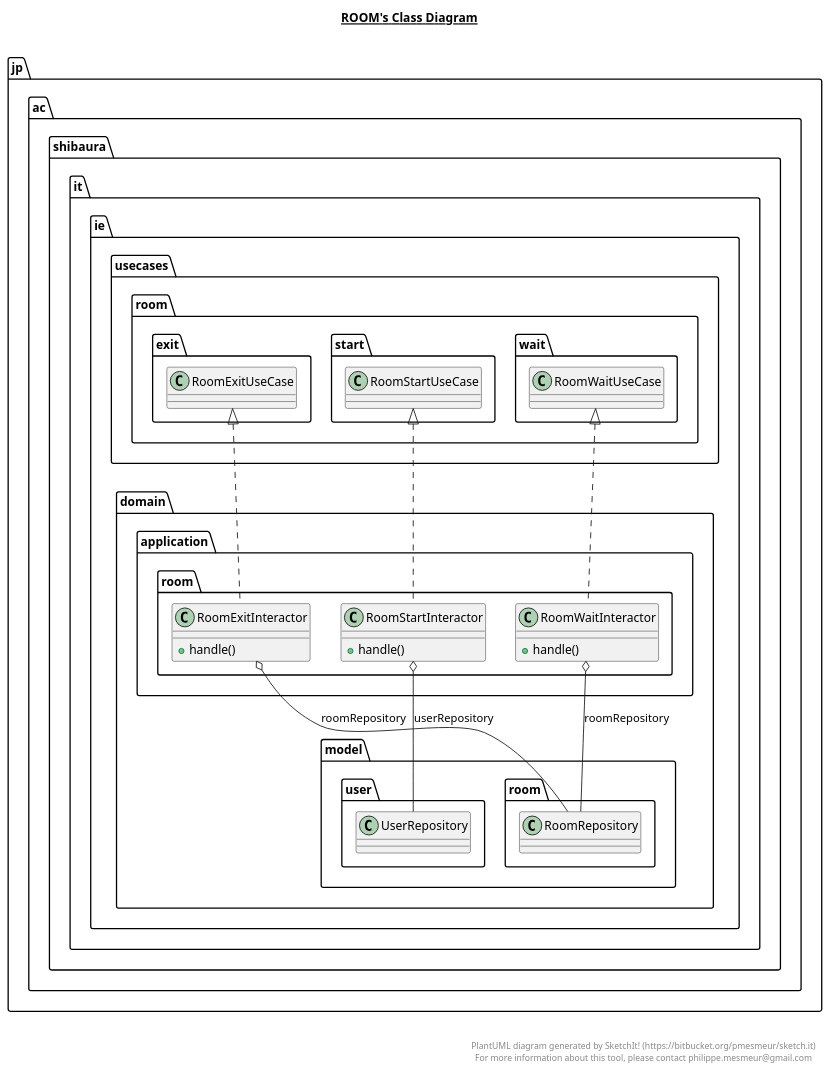
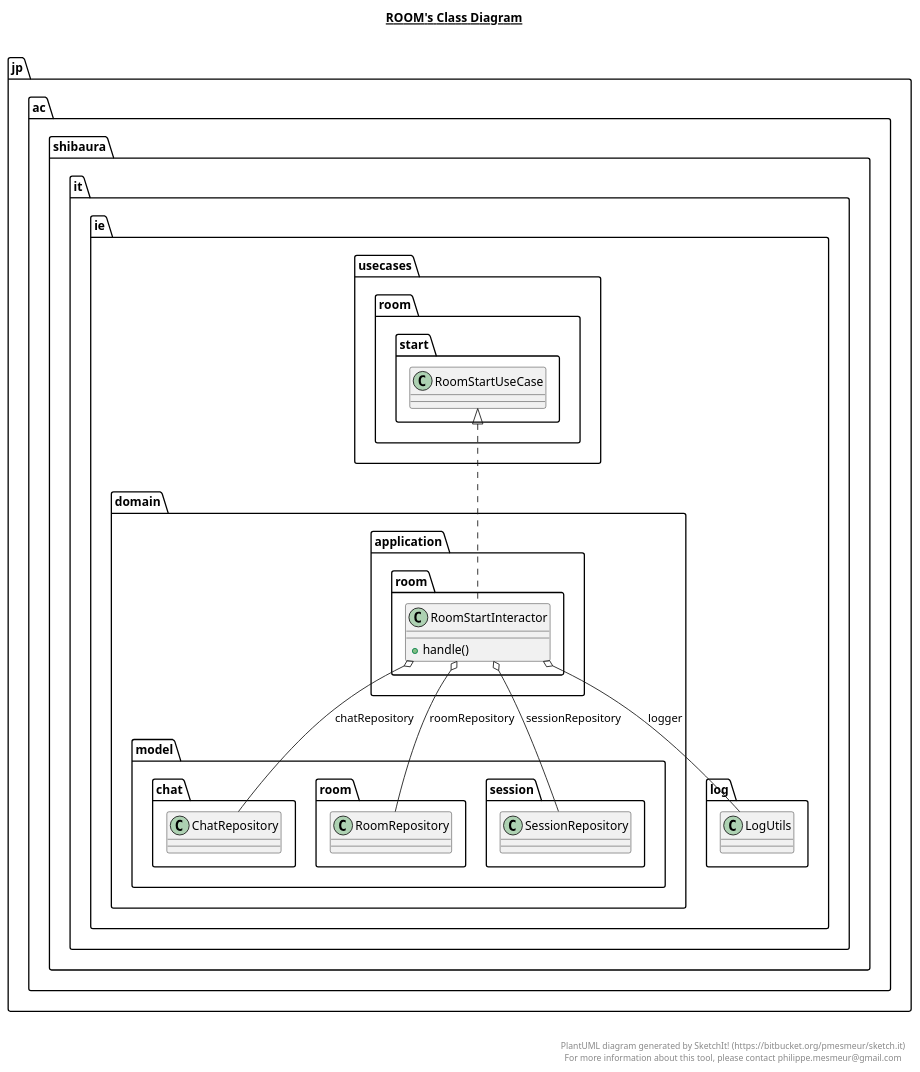
Before and after one commit to THEToilet/chatAppServer: the diagram in src/jp/ac/shibaura/it/ie/domain/application/room/room.plantuml, drawn with PlantUML. The commit also changed 52 other files, not shown here.

```diff
--- a/src/jp/ac/shibaura/it/ie/domain/application/room/room.plantuml
+++ b/src/jp/ac/shibaura/it/ie/domain/application/room/room.plantuml
@@ -1,47 +1,28 @@
 @startuml
 
 title __ROOM's Class Diagram__\n
-
-  namespace jp.ac.shibaura.it.ie {
-    namespace domain.application.room {
-      class jp.ac.shibaura.it.ie.domain.application.room.RoomExitInteractor {
-          + handle()
-      }
-    }
-  }
-  
 
   namespace jp.ac.shibaura.it.ie {
     namespace domain.application.room {
       class jp.ac.shibaura.it.ie.domain.application.room.RoomStartInteractor {
           + handle()
       }
     }
   }
   
 
-  namespace jp.ac.shibaura.it.ie {
-    namespace domain.application.room {
-      class jp.ac.shibaura.it.ie.domain.application.room.RoomWaitInteractor {
-          + handle()
-      }
-    }
-  }
-  
-
-  jp.ac.shibaura.it.ie.domain.application.room.RoomExitInteractor .up.|> jp.ac.shibaura.it.ie.usecases.room.exit.RoomExitUseCase
-  jp.ac.shibaura.it.ie.domain.application.room.RoomExitInteractor o-- jp.ac.shibaura.it.ie.domain.model.room.RoomRepository : roomRepository
   jp.ac.shibaura.it.ie.domain.application.room.RoomStartInteractor .up.|> jp.ac.shibaura.it.ie.usecases.room.start.RoomStartUseCase
-  jp.ac.shibaura.it.ie.domain.application.room.RoomStartInteractor o-- jp.ac.shibaura.it.ie.domain.model.user.UserRepository : userRepository
-  jp.ac.shibaura.it.ie.domain.application.room.RoomWaitInteractor .up.|> jp.ac.shibaura.it.ie.usecases.room.wait.RoomWaitUseCase
-  jp.ac.shibaura.it.ie.domain.application.room.RoomWaitInteractor o-- jp.ac.shibaura.it.ie.domain.model.room.RoomRepository : roomRepository
+  jp.ac.shibaura.it.ie.domain.application.room.RoomStartInteractor o-- jp.ac.shibaura.it.ie.domain.model.chat.ChatRepository : chatRepository
+  jp.ac.shibaura.it.ie.domain.application.room.RoomStartInteractor o-- jp.ac.shibaura.it.ie.log.LogUtils : logger
+  jp.ac.shibaura.it.ie.domain.application.room.RoomStartInteractor o-- jp.ac.shibaura.it.ie.domain.model.room.RoomRepository : roomRepository
+  jp.ac.shibaura.it.ie.domain.application.room.RoomStartInteractor o-- jp.ac.shibaura.it.ie.domain.model.session.SessionRepository : sessionRepository
 
 
 right footer
 
 
 PlantUML diagram generated by SketchIt! (https://bitbucket.org/pmesmeur/sketch.it)
 For more information about this tool, please contact philippe.mesmeur@gmail.com
 endfooter
 
 @enduml
```
